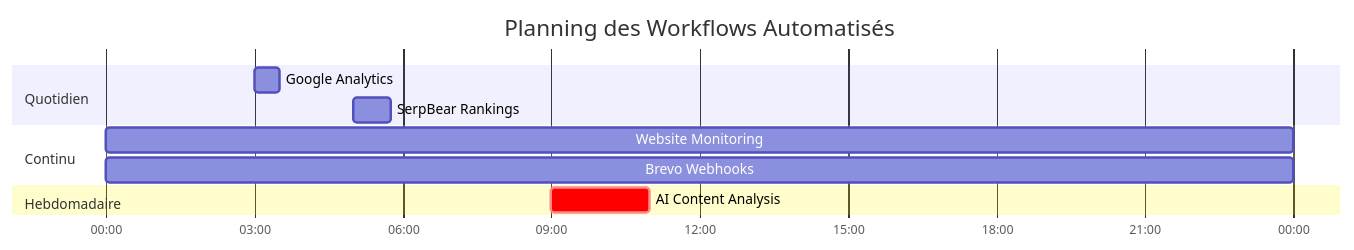
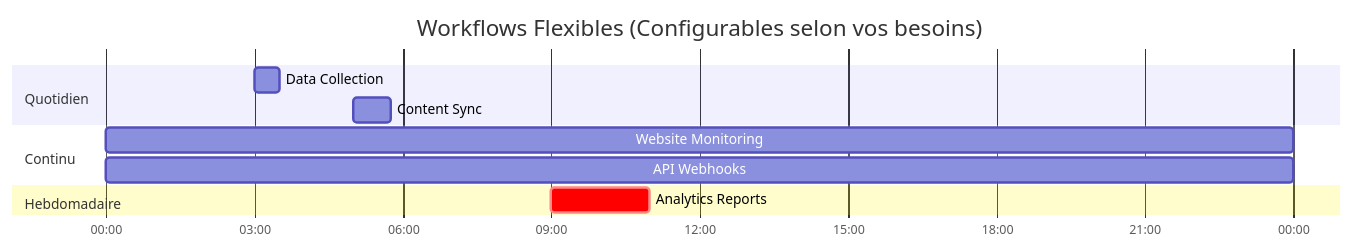
Before and after one commit to sturmel/strapi-automation-starter: the second of 4 diagrams in README.md, drawn with Mermaid. The commit also changed other lines of this file and 3 other files, not shown here.

````diff
--- a/README.md
+++ b/README.md
@@ -555,17 +442,17 @@
 ```mermaid
 gantt
-    title Planning des Workflows Automatisés
+    title Workflows Flexibles (Configurables selon vos besoins)
     dateFormat  HH:mm
     axisFormat %H:%M
 
     section Quotidien
-    Google Analytics     :03:00, 30m
-    SerpBear Rankings    :05:00, 45m
+    Data Collection      :03:00, 30m
+    Content Sync         :05:00, 45m
     
     section Continu
     Website Monitoring   :00:00, 24h
-    Brevo Webhooks      :00:00, 24h
+    API Webhooks        :00:00, 24h
     
     section Hebdomadaire
-    AI Content Analysis  :crit, 09:00, 2h
+    Analytics Reports    :crit, 09:00, 2h
 ```
````
